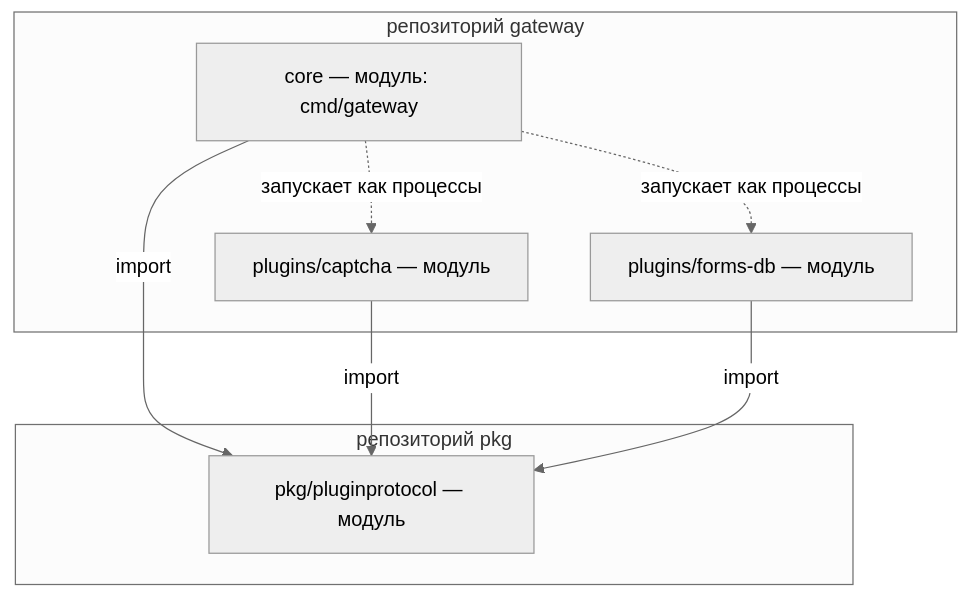
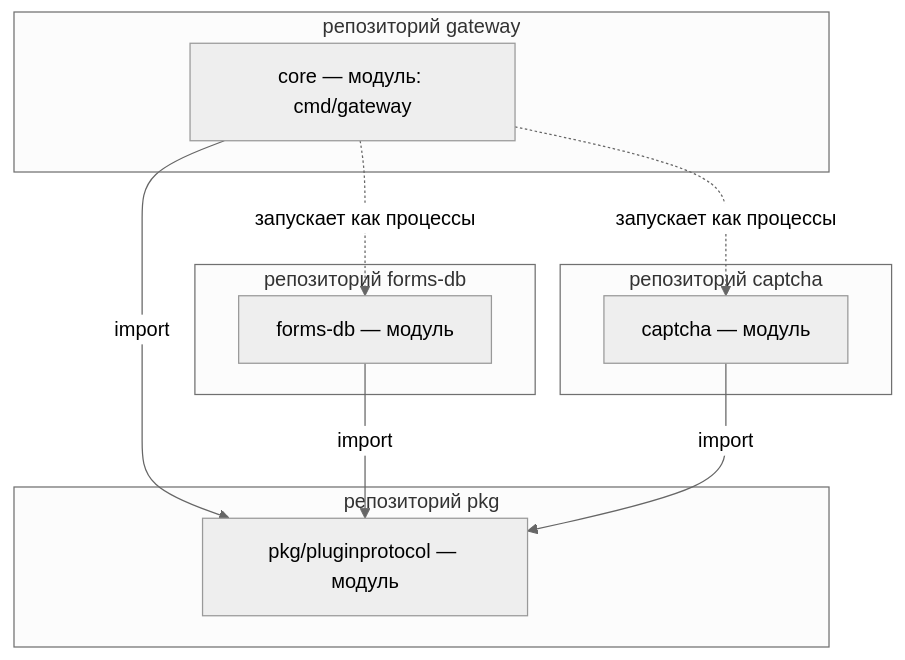
One commit to Liapoldus/liapoldus.github.io changed the first of 2 diagrams in gateway/architecture/structure.md. Above: the diagram before and after it, drawn with Mermaid (neutral theme). The commit also changed other lines of this file and 10 other files, not shown here.

````diff
--- a/gateway/architecture/structure.md
+++ b/gateway/architecture/structure.md
@@ -16,18 +19,22 @@
 ```mermaid
 flowchart TB
     subgraph repoGateway["репозиторий gateway"]
         core["core — модуль: cmd/gateway"]
-        captcha["plugins/captcha — модуль"]
-        formsdb["plugins/forms-db — модуль"]
+    end
+    subgraph repoFormsdb["репозиторий forms-db"]
+        formsdb["forms-db — модуль"]
+    end
+    subgraph repoCaptcha["репозиторий captcha"]
+        captcha["captcha — модуль"]
     end
     subgraph repoPkg["репозиторий pkg"]
         pp["pkg/pluginprotocol — модуль"]
     end
 
     core -- "import" --> pp
+    formsdb -- "import" --> pp
     captcha -- "import" --> pp
-    formsdb -- "import" --> pp
 
+    core -. "запускает как процессы" .-> formsdb
     core -. "запускает как процессы" .-> captcha
-    core -. "запускает как процессы" .-> formsdb
 ```
````
